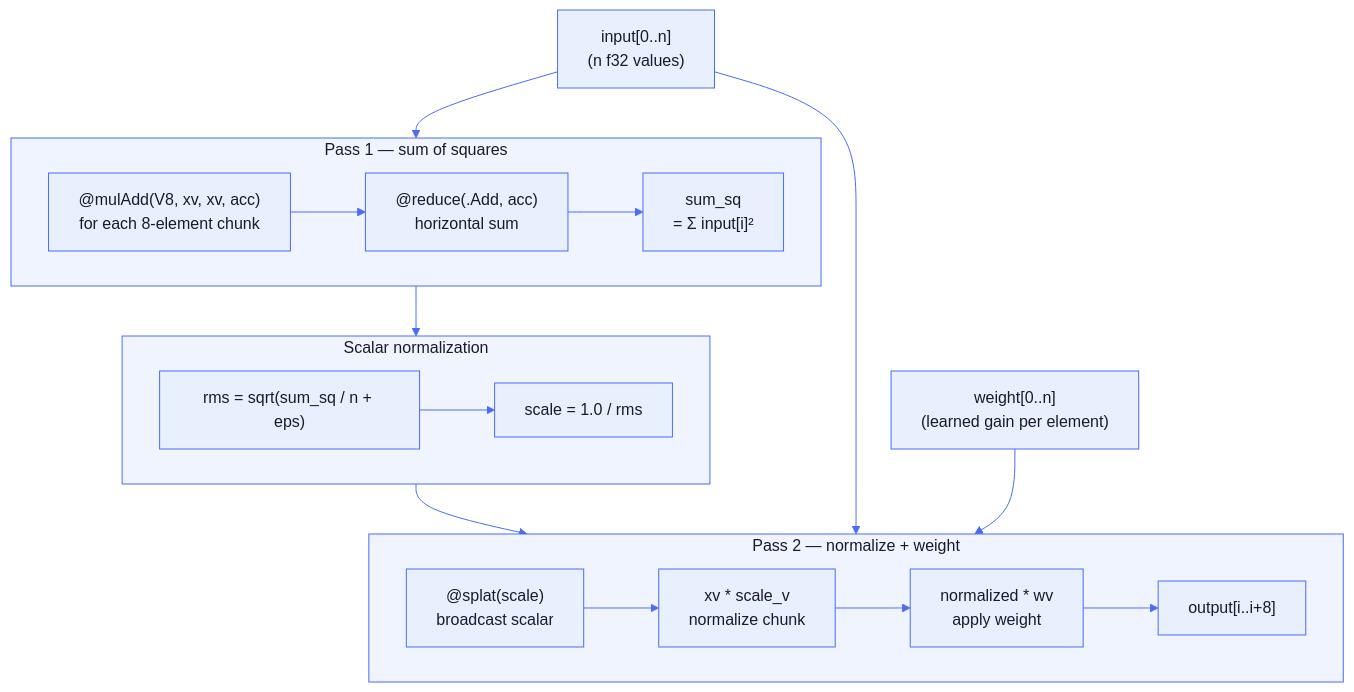
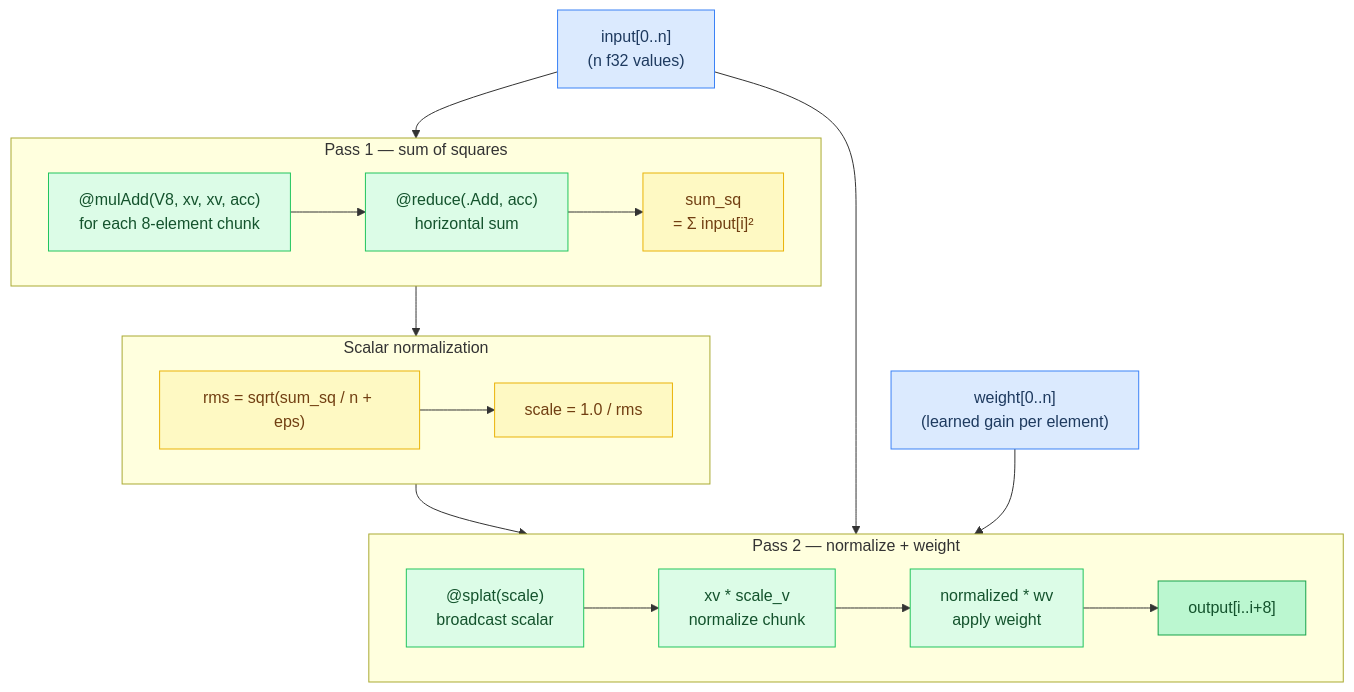
The seventh of 8 diagrams in docs/tutorial/09-cpu-simd-optimization.md (maci0/agave), drawn with Mermaid before and after one commit. The commit also changed other lines of this file and 24 other files, not shown here.

First line of the commit message:
docs: convert all mermaid diagrams to classDef semantic colors

````diff
--- a/docs/tutorial/09-cpu-simd-optimization.md
+++ b/docs/tutorial/09-cpu-simd-optimization.md
@@ -644,40 +618,33 @@
 ```mermaid
-%%{init: {'theme': 'base', 'themeVariables': {
-  'primaryColor': '#e8f0fe',
-  'primaryTextColor': '#1a1a2e',
-  'primaryBorderColor': '#4a6cf7',
-  'lineColor': '#4a6cf7',
-  'secondaryColor': '#f0f4ff',
-  'tertiaryColor': '#f8f9ff',
-  'edgeLabelBackground': '#ffffff',
-  'clusterBkg': '#f0f4ff',
-  'clusterBorder': '#4a6cf7',
-  'titleColor': '#1a1a2e',
-  'nodeTextColor': '#1a1a2e',
-  'fontFamily': 'ui-monospace, SFMono-Regular, monospace'
-}}}%%
 flowchart TD
-    input["input[0..n]\n(n f32 values)"]
-    weight["weight[0..n]\n(learned gain per element)"]
+    classDef setup     fill:#dbeafe,stroke:#3b82f6,color:#1e3a5f
+    classDef sync      fill:#dcfce7,stroke:#22c55e,color:#14532d
+    classDef migration fill:#fef9c3,stroke:#eab308,color:#713f12
+    classDef success   fill:#bbf7d0,stroke:#16a34a,color:#14532d
+    classDef danger    fill:#fee2e2,stroke:#ef4444,color:#7f1d1d
+    classDef optional  fill:#f3e8ff,stroke:#9333ea,color:#581c87
+
+    input["input[0..n]\n(n f32 values)"]:::setup
+    weight["weight[0..n]\n(learned gain per element)"]:::setup
 
     subgraph Pass1["Pass 1 — sum of squares"]
         direction LR
-        p1a["@mulAdd(V8, xv, xv, acc)\nfor each 8-element chunk"] --> p1b["@reduce(.Add, acc)\nhorizontal sum"] --> p1c["sum_sq\n= Σ input[i]²"]
+        p1a["@mulAdd(V8, xv, xv, acc)\nfor each 8-element chunk"]:::sync --> p1b["@reduce(.Add, acc)\nhorizontal sum"]:::sync --> p1c["sum_sq\n= Σ input[i]²"]:::migration
     end
 
     subgraph Scalar["Scalar normalization"]
         direction LR
-        s1["rms = sqrt(sum_sq / n + eps)"] --> s2["scale = 1.0 / rms"]
+        s1["rms = sqrt(sum_sq / n + eps)"]:::migration --> s2["scale = 1.0 / rms"]:::migration
     end
 
     subgraph Pass2["Pass 2 — normalize + weight"]
         direction LR
-        p2a["@splat(scale)\nbroadcast scalar"] --> p2b["xv * scale_v\nnormalize chunk"] --> p2c["normalized * wv\napply weight"] --> p2d["output[i..i+8]"]
+        p2a["@splat(scale)\nbroadcast scalar"]:::sync --> p2b["xv * scale_v\nnormalize chunk"]:::sync --> p2c["normalized * wv\napply weight"]:::sync --> p2d["output[i..i+8]"]:::success
     end
 
     input --> Pass1
     Pass1 --> Scalar
     Scalar --> Pass2
     input --> Pass2
     weight --> Pass2
 ```
````
